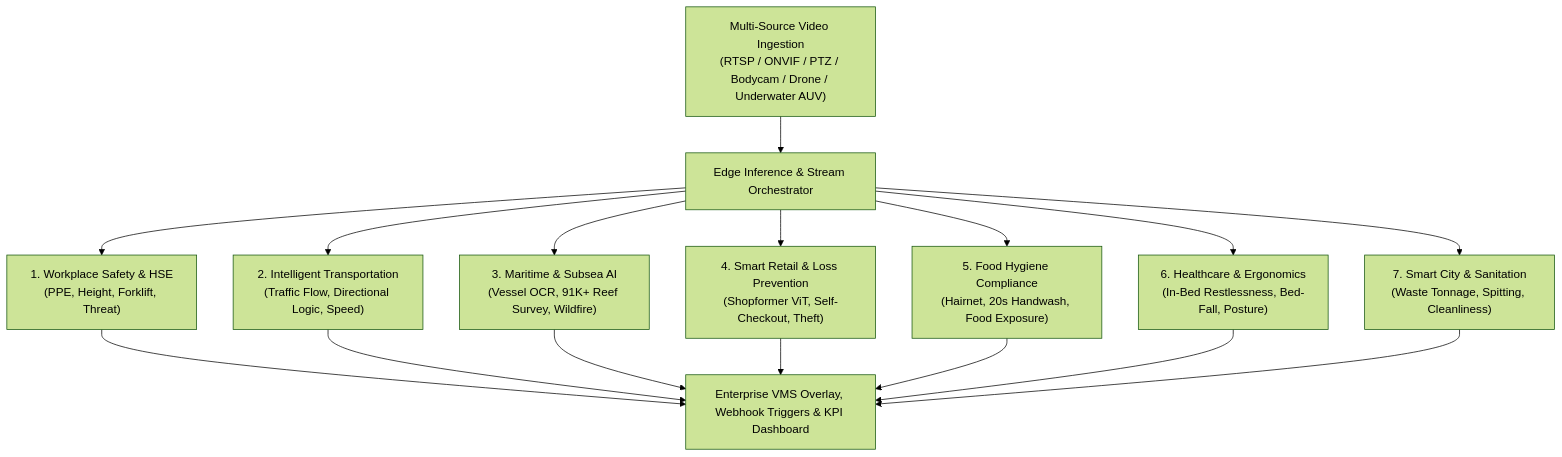
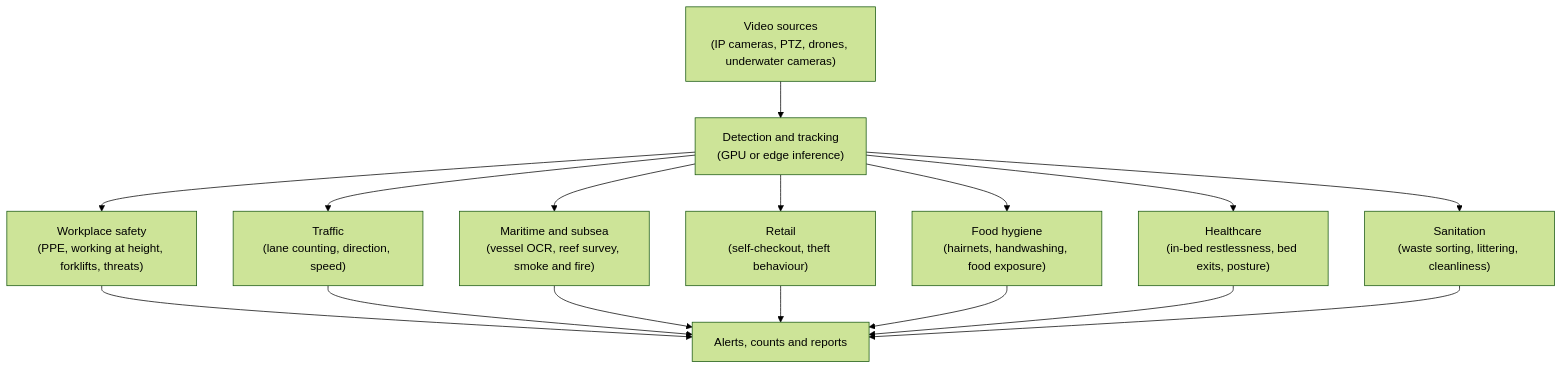
One commit to mh-masum6875/enterprise-computer-vision-solutions changed the diagram in README.md. Above: the diagram before and after it, drawn with Mermaid (forest theme). The commit also changed other lines of this file, not shown here.

````diff
--- a/README.md
+++ b/README.md
@@ -14,20 +16,20 @@
 ```mermaid
 graph TD
-    Feeds["Multi-Source Video Ingestion<br/>(RTSP / ONVIF / PTZ / Bodycam / Drone / Underwater AUV)"] --> Pipeline["Edge Inference & Stream Orchestrator"]
-    
-    Pipeline --> R1["1. Workplace Safety & HSE<br/>(PPE, Height, Forklift, Threat)"]
-    Pipeline --> R2["2. Intelligent Transportation<br/>(Traffic Flow, Directional Logic, Speed)"]
-    Pipeline --> R3["3. Maritime & Subsea AI<br/>(Vessel OCR, 91K+ Reef Survey, Wildfire)"]
-    Pipeline --> R4["4. Smart Retail & Loss Prevention<br/>(Shopformer ViT, Self-Checkout, Theft)"]
-    Pipeline --> R5["5. Food Hygiene Compliance<br/>(Hairnet, 20s Handwash, Food Exposure)"]
-    Pipeline --> R6["6. Healthcare & Ergonomics<br/>(In-Bed Restlessness, Bed-Fall, Posture)"]
-    Pipeline --> R7["7. Smart City & Sanitation<br/>(Waste Tonnage, Spitting, Cleanliness)"]
-    
-    R1 --> AlertHub["Enterprise VMS Overlay, Webhook Triggers & KPI Dashboard"]
-    R2 --> AlertHub
-    R3 --> AlertHub
-    R4 --> AlertHub
-    R5 --> AlertHub
-    R6 --> AlertHub
-    R7 --> AlertHub
+    Feeds["Video sources<br/>(IP cameras, PTZ, drones, underwater cameras)"] --> Pipeline["Detection and tracking<br/>(GPU or edge inference)"]
+
+    Pipeline --> R1["Workplace safety<br/>(PPE, working at height, forklifts, threats)"]
+    Pipeline --> R2["Traffic<br/>(lane counting, direction, speed)"]
+    Pipeline --> R3["Maritime and subsea<br/>(vessel OCR, reef survey, smoke and fire)"]
+    Pipeline --> R4["Retail<br/>(self-checkout, theft behaviour)"]
+    Pipeline --> R5["Food hygiene<br/>(hairnets, handwashing, food exposure)"]
+    Pipeline --> R6["Healthcare<br/>(in-bed restlessness, bed exits, posture)"]
+    Pipeline --> R7["Sanitation<br/>(waste sorting, littering, cleanliness)"]
+
+    R1 --> Output["Alerts, counts and reports"]
+    R2 --> Output
+    R3 --> Output
+    R4 --> Output
+    R5 --> Output
+    R6 --> Output
+    R7 --> Output
 ```
````
